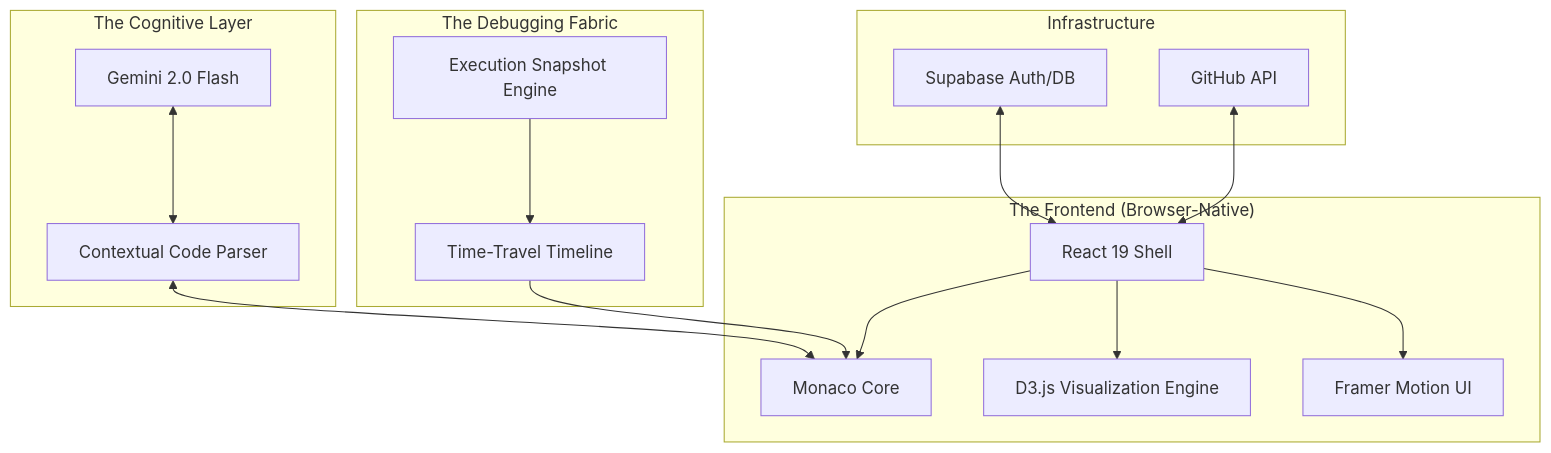
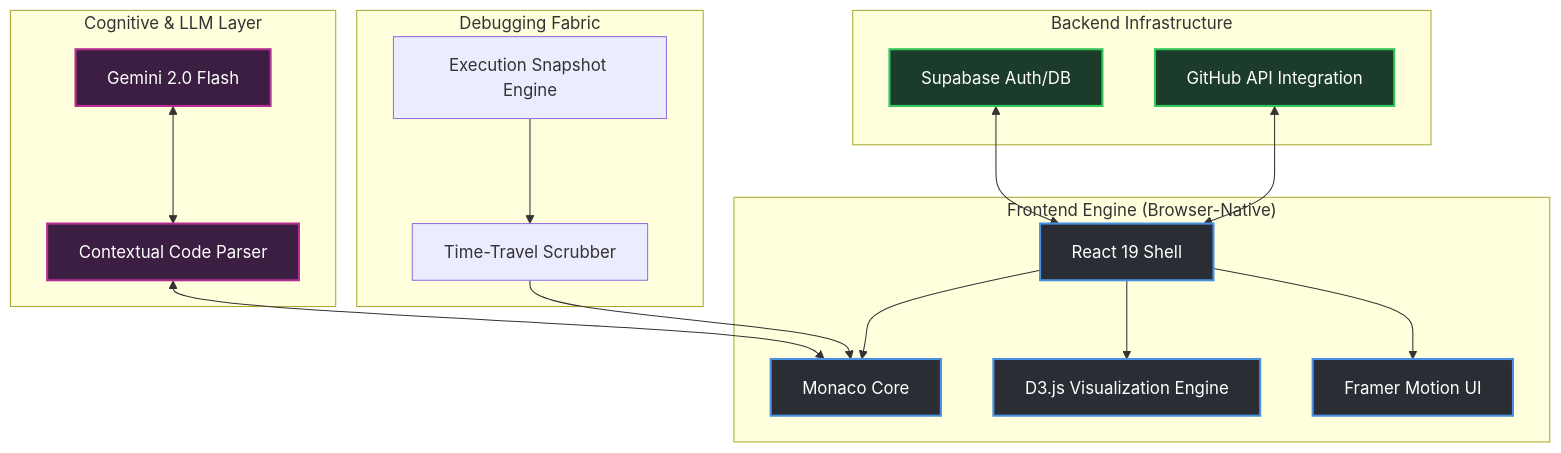
One commit to bansal1806/NexIDE changed the diagram in README.md. Above: the diagram before and after it, drawn with Mermaid. The commit also changed other lines of this file, not shown here.

Commit message:
docs: elite readme update with architecture diagram and live demo link

````diff
--- a/README.md
+++ b/README.md
@@ -14,23 +22,31 @@
 ```mermaid
 graph TD
-    subgraph "The Frontend (Browser-Native)"
+    subgraph "Frontend Engine (Browser-Native)"
         A[React 19 Shell] --> B[Monaco Core]
         A --> C[D3.js Visualization Engine]
         A --> D[Framer Motion UI]
     end
 
-    subgraph "The Cognitive Layer"
+    subgraph "Cognitive & LLM Layer"
         E[Gemini 2.0 Flash] <--> F[Contextual Code Parser]
         F <--> B
     end
 
-    subgraph "Infrastructure"
+    subgraph "Backend Infrastructure"
         G[Supabase Auth/DB] <--> A
-        H[GitHub API] <--> A
+        H[GitHub API Integration] <--> A
     end
 
-    subgraph "The Debugging Fabric"
-        I[Execution Snapshot Engine] --> J[Time-Travel Timeline]
+    subgraph "Debugging Fabric"
+        I[Execution Snapshot Engine] --> J[Time-Travel Scrubber]
         J --> B
     end
+
+    classDef core fill:#2A2D34,stroke:#4A90E2,stroke-width:2px,color:#FFF;
+    classDef ai fill:#3C1E42,stroke:#B52F93,stroke-width:2px,color:#FFF;
+    classDef backend fill:#1B3B2B,stroke:#34C759,stroke-width:2px,color:#FFF;
+    
+    class A,B,C,D core;
+    class E,F ai;
+    class G,H backend;
 ```
````
